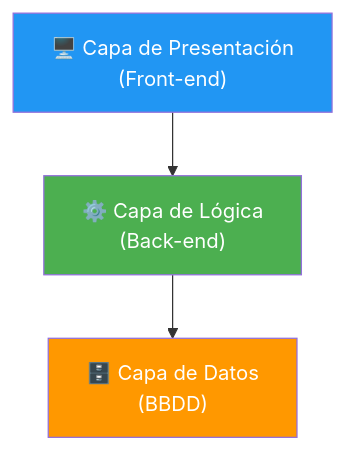
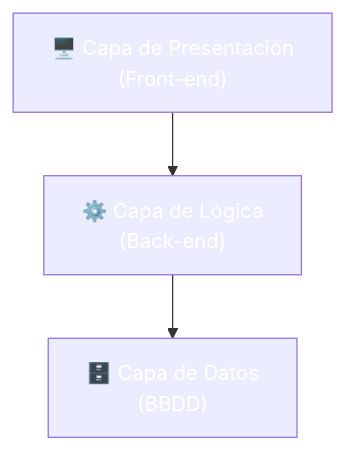
Before and after one commit to joseluisgs/DesarrolloWebEntornosServidor-01-2026-2027: the third of 5 diagrams in 03-arquitecturas-web.md, drawn with Mermaid. The commit also changed other lines of this file and 66 other files, not shown here.

First line of the commit message:
fix: normalizar titulos al castellano de frase y corregir la paleta de mermaid

````diff
--- a/03-arquitecturas-web.md
+++ b/03-arquitecturas-web.md
@@ -71,9 +71,9 @@
 ```mermaid
 graph TD
     A["🖥️ Capa de Presentación<br/>(Front-end)"] --> B["⚙️ Capa de Lógica<br/>(Back-end)"]
     B --> C["🗄️ Capa de Datos<br/>(BBDD)"]
 
-    style A fill:#2196F3,color:#fff
-    style B fill:#4CAF50,color:#fff
-    style C fill:#FF9800,color:#fff
+    style A fill:#2196F,color:#fff3,color:#fff
+    style B fill:#4CAF5,color:#fff0,color:#fff
+    style C fill:#FF980,color:#fff0,color:#fff
 ```
````
